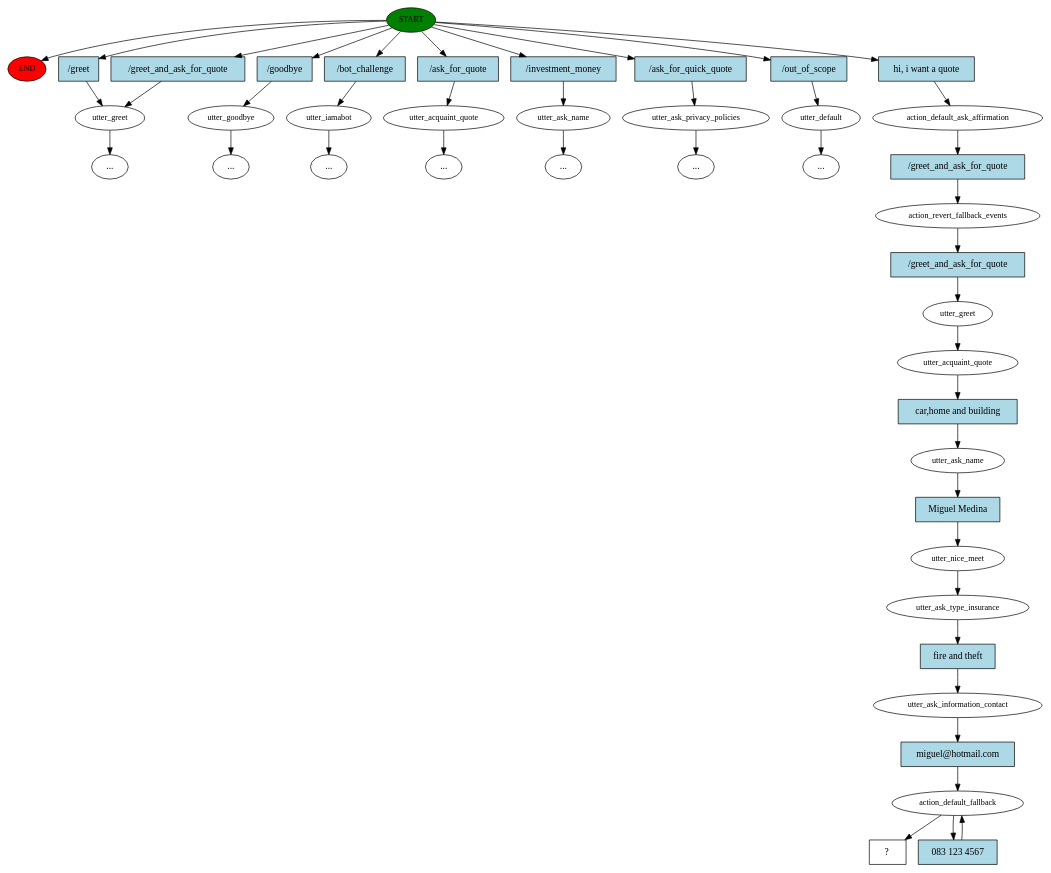
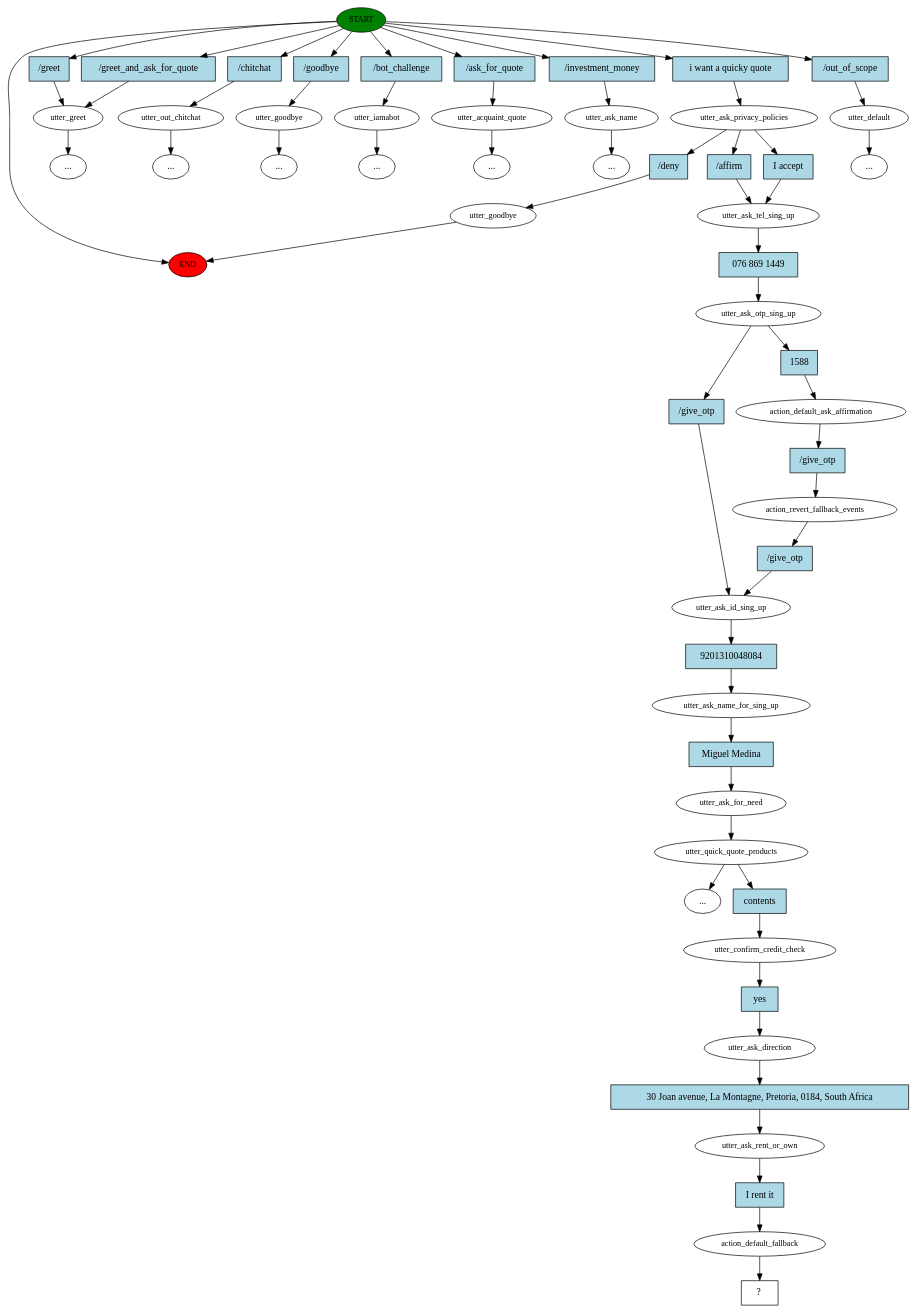
One commit to miguel-kjh/Sylvia changed the diagram in story_graph.dot. Above: the diagram before and after it, drawn with Graphviz. The commit also changed 18 other files, not shown here.

```diff
--- a/story_graph.dot
+++ b/story_graph.dot
@@ -1,87 +1,115 @@
 digraph  {
 0 [class="start active", fillcolor=green, fontsize=12, label=START, style=filled];
 "-1" [class=end, fillcolor=red, fontsize=12, label=END, style=filled];
 1 [class="", fontsize=12, label=utter_greet];
-2 [class="", fontsize=12, label=utter_goodbye];
+2 [class="", fontsize=12, label=utter_out_chitchat];
 "-4" [class=ellipsis, label="..."];
-3 [class="", fontsize=12, label=utter_iamabot];
+3 [class="", fontsize=12, label=utter_goodbye];
 "-5" [class=ellipsis, label="..."];
-12 [class="", fontsize=12, label=utter_acquaint_quote];
-"-25" [class=ellipsis, label="..."];
-"-37" [class=ellipsis, label="..."];
-36 [class="", fontsize=12, label=utter_ask_name];
-"-46" [class=ellipsis, label="..."];
-45 [class="", fontsize=12, label=utter_ask_privacy_policies];
-"-55" [class=ellipsis, label="..."];
-54 [class="", fontsize=12, label=utter_default];
-"-56" [class=ellipsis, label="..."];
-55 [class=active, fontsize=12, label=action_default_ask_affirmation];
-56 [class=active, fontsize=12, label=action_revert_fallback_events];
-57 [class=active, fontsize=12, label=utter_greet];
-58 [class=active, fontsize=12, label=utter_acquaint_quote];
-59 [class=active, fontsize=12, label=utter_ask_name];
-60 [class=active, fontsize=12, label=utter_nice_meet];
-61 [class=active, fontsize=12, label=utter_ask_type_insurance];
-62 [class=active, fontsize=12, label=utter_ask_information_contact];
-63 [class=active, fontsize=12, label=action_default_fallback];
-65 [class="intent dashed active", label="  ?  ", shape=rect];
-66 [class=intent, fillcolor=lightblue, label="/greet", shape=rect, style=filled];
-67 [class=intent, fillcolor=lightblue, label="/greet_and_ask_for_quote", shape=rect, style=filled];
-68 [class=intent, fillcolor=lightblue, label="/goodbye", shape=rect, style=filled];
-69 [class=intent, fillcolor=lightblue, label="/bot_challenge", shape=rect, style=filled];
-70 [class=intent, fillcolor=lightblue, label="/ask_for_quote", shape=rect, style=filled];
-71 [class=intent, fillcolor=lightblue, label="/investment_money", shape=rect, style=filled];
-72 [class=intent, fillcolor=lightblue, label="/ask_for_quick_quote", shape=rect, style=filled];
-73 [class=intent, fillcolor=lightblue, label="/out_of_scope", shape=rect, style=filled];
-74 [class="intent active", fillcolor=lightblue, label="hi, i want a quote", shape=rect, style=filled];
-75 [class="intent active", fillcolor=lightblue, label="/greet_and_ask_for_quote", shape=rect, style=filled];
-76 [class="intent active", fillcolor=lightblue, label="/greet_and_ask_for_quote", shape=rect, style=filled];
-77 [class="intent active", fillcolor=lightblue, label="car,home and building", shape=rect, style=filled];
-78 [class="intent active", fillcolor=lightblue, label="Miguel Medina", shape=rect, style=filled];
-79 [class="intent active", fillcolor=lightblue, label="fire and theft", shape=rect, style=filled];
-80 [class="intent active", fillcolor=lightblue, label="miguel@hotmail.com", shape=rect, style=filled];
-81 [class="intent active", fillcolor=lightblue, label="083 123 4567", shape=rect, style=filled];
+4 [class="", fontsize=12, label=utter_iamabot];
+"-6" [class=ellipsis, label="..."];
+"-150" [class=ellipsis, label="..."];
+149 [class="", fontsize=12, label=utter_acquaint_quote];
+"-222" [class=ellipsis, label="..."];
+221 [class="", fontsize=12, label=utter_ask_name];
+"-227" [class=ellipsis, label="..."];
+226 [class=active, fontsize=12, label=utter_ask_privacy_policies];
+227 [class="", fontsize=12, label=utter_goodbye];
+229 [class=active, fontsize=12, label=utter_ask_tel_sing_up];
+230 [class=active, fontsize=12, label=utter_ask_otp_sing_up];
+231 [class=active, fontsize=12, label=utter_ask_id_sing_up];
+232 [class=active, fontsize=12, label=utter_ask_name_for_sing_up];
+233 [class=active, fontsize=12, label=utter_ask_for_need];
+234 [class=active, fontsize=12, label=utter_quick_quote_products];
+"-231" [class=ellipsis, label="..."];
+256 [class="", fontsize=12, label=utter_default];
+"-232" [class=ellipsis, label="..."];
+260 [class=active, fontsize=12, label=action_default_ask_affirmation];
+261 [class=active, fontsize=12, label=action_revert_fallback_events];
+266 [class=active, fontsize=12, label=utter_confirm_credit_check];
+267 [class=active, fontsize=12, label=utter_ask_direction];
+268 [class=active, fontsize=12, label=utter_ask_rent_or_own];
+269 [class=active, fontsize=12, label=action_default_fallback];
+270 [class="intent dashed active", label="  ?  ", shape=rect];
+271 [class=intent, fillcolor=lightblue, label="/greet", shape=rect, style=filled];
+272 [class=intent, fillcolor=lightblue, label="/greet_and_ask_for_quote", shape=rect, style=filled];
+273 [class=intent, fillcolor=lightblue, label="/chitchat", shape=rect, style=filled];
+274 [class=intent, fillcolor=lightblue, label="/goodbye", shape=rect, style=filled];
+275 [class=intent, fillcolor=lightblue, label="/bot_challenge", shape=rect, style=filled];
+276 [class=intent, fillcolor=lightblue, label="/ask_for_quote", shape=rect, style=filled];
+277 [class=intent, fillcolor=lightblue, label="/investment_money", shape=rect, style=filled];
+278 [class="intent active", fillcolor=lightblue, label="i want a quicky quote", shape=rect, style=filled];
+279 [class=intent, fillcolor=lightblue, label="/out_of_scope", shape=rect, style=filled];
+280 [class=intent, fillcolor=lightblue, label="/deny", shape=rect, style=filled];
+281 [class=intent, fillcolor=lightblue, label="/affirm", shape=rect, style=filled];
+282 [class="intent active", fillcolor=lightblue, label="I accept", shape=rect, style=filled];
+283 [class="intent active", fillcolor=lightblue, label="076 869 1449", shape=rect, style=filled];
+284 [class=intent, fillcolor=lightblue, label="/give_otp", shape=rect, style=filled];
+285 [class="intent active", fillcolor=lightblue, label=1588, shape=rect, style=filled];
+286 [class="intent active", fillcolor=lightblue, label=9201310048084, shape=rect, style=filled];
+287 [class="intent active", fillcolor=lightblue, label="Miguel Medina", shape=rect, style=filled];
+288 [class="intent active", fillcolor=lightblue, label=contents, shape=rect, style=filled];
+289 [class="intent active", fillcolor=lightblue, label="/give_otp", shape=rect, style=filled];
+290 [class="intent active", fillcolor=lightblue, label="/give_otp", shape=rect, style=filled];
+291 [class="intent active", fillcolor=lightblue, label=yes, shape=rect, style=filled];
+292 [class="intent active", fillcolor=lightblue, label="30 Joan avenue, La Montagne, Pretoria, 0184, South Africa", shape=rect, style=filled];
+293 [class="intent active", fillcolor=lightblue, label="I rent it", shape=rect, style=filled];
 0 -> "-1"  [class="", key=NONE, label=""];
-0 -> 66  [class="", key=0];
-0 -> 67  [class="", key=0];
-0 -> 68  [class="", key=0];
-0 -> 69  [class="", key=0];
-0 -> 70  [class="", key=0];
-0 -> 71  [class="", key=0];
-0 -> 72  [class="", key=0];
-0 -> 73  [class="", key=0];
-0 -> 74  [class=active, key=0];
-1 -> "-25"  [class="", key=NONE, label=""];
+0 -> 271  [class="", key=0];
+0 -> 272  [class="", key=0];
+0 -> 273  [class="", key=0];
+0 -> 274  [class="", key=0];
+0 -> 275  [class="", key=0];
+0 -> 276  [class="", key=0];
+0 -> 277  [class="", key=0];
+0 -> 278  [class=active, key=0];
+0 -> 279  [class="", key=0];
+1 -> "-150"  [class="", key=NONE, label=""];
 2 -> "-4"  [class="", key=NONE, label=""];
 3 -> "-5"  [class="", key=NONE, label=""];
-12 -> "-37"  [class="", key=NONE, label=""];
-36 -> "-46"  [class="", key=NONE, label=""];
-45 -> "-55"  [class="", key=NONE, label=""];
-54 -> "-56"  [class="", key=NONE, label=""];
-55 -> 75  [class=active, key=0];
-56 -> 76  [class=active, key=0];
-57 -> 58  [class=active, key=NONE, label=""];
-58 -> 77  [class=active, key=0];
-59 -> 78  [class=active, key=0];
-60 -> 61  [class=active, key=NONE, label=""];
-61 -> 79  [class=active, key=0];
-62 -> 80  [class=active, key=0];
-63 -> 65  [class=active, key=NONE, label=""];
-63 -> 81  [class=active, key=0];
-66 -> 1  [class="", key=0];
-67 -> 1  [class="", key=0];
-68 -> 2  [class="", key=0];
-69 -> 3  [class="", key=0];
-70 -> 12  [class="", key=0];
-71 -> 36  [class="", key=0];
-72 -> 45  [class="", key=0];
-73 -> 54  [class="", key=0];
-74 -> 55  [class=active, key=0];
-75 -> 56  [class=active, key=0];
-76 -> 57  [class=active, key=0];
-77 -> 59  [class=active, key=0];
-78 -> 60  [class=active, key=0];
-79 -> 62  [class=active, key=0];
-80 -> 63  [class=active, key=0];
-81 -> 63  [class=active, key=0];
+4 -> "-6"  [class="", key=NONE, label=""];
+149 -> "-222"  [class="", key=NONE, label=""];
+221 -> "-227"  [class="", key=NONE, label=""];
+226 -> 280  [class="", key=0];
+226 -> 281  [class="", key=0];
+226 -> 282  [class=active, key=0];
+227 -> "-1"  [class="", key=NONE, label=""];
+229 -> 283  [class=active, key=0];
+230 -> 284  [class="", key=0];
+230 -> 285  [class=active, key=0];
+231 -> 286  [class=active, key=0];
+232 -> 287  [class=active, key=0];
+233 -> 234  [class=active, key=NONE, label=""];
+234 -> "-231"  [class="", key=NONE, label=""];
+234 -> 288  [class=active, key=0];
+256 -> "-232"  [class="", key=NONE, label=""];
+260 -> 289  [class=active, key=0];
+261 -> 290  [class=active, key=0];
+266 -> 291  [class=active, key=0];
+267 -> 292  [class=active, key=0];
+268 -> 293  [class=active, key=0];
+269 -> 270  [class=active, key=NONE, label=""];
+271 -> 1  [class="", key=0];
+272 -> 1  [class="", key=0];
+273 -> 2  [class="", key=0];
+274 -> 3  [class="", key=0];
+275 -> 4  [class="", key=0];
+276 -> 149  [class="", key=0];
+277 -> 221  [class="", key=0];
+278 -> 226  [class=active, key=0];
+279 -> 256  [class="", key=0];
+280 -> 227  [class="", key=0];
+281 -> 229  [class="", key=0];
+282 -> 229  [class=active, key=0];
+283 -> 230  [class=active, key=0];
+284 -> 231  [class="", key=0];
+285 -> 260  [class=active, key=0];
+286 -> 232  [class=active, key=0];
+287 -> 233  [class=active, key=0];
+288 -> 266  [class=active, key=0];
+289 -> 261  [class=active, key=0];
+290 -> 231  [class=active, key=0];
+291 -> 267  [class=active, key=0];
+292 -> 268  [class=active, key=0];
+293 -> 269  [class=active, key=0];
 }
```
